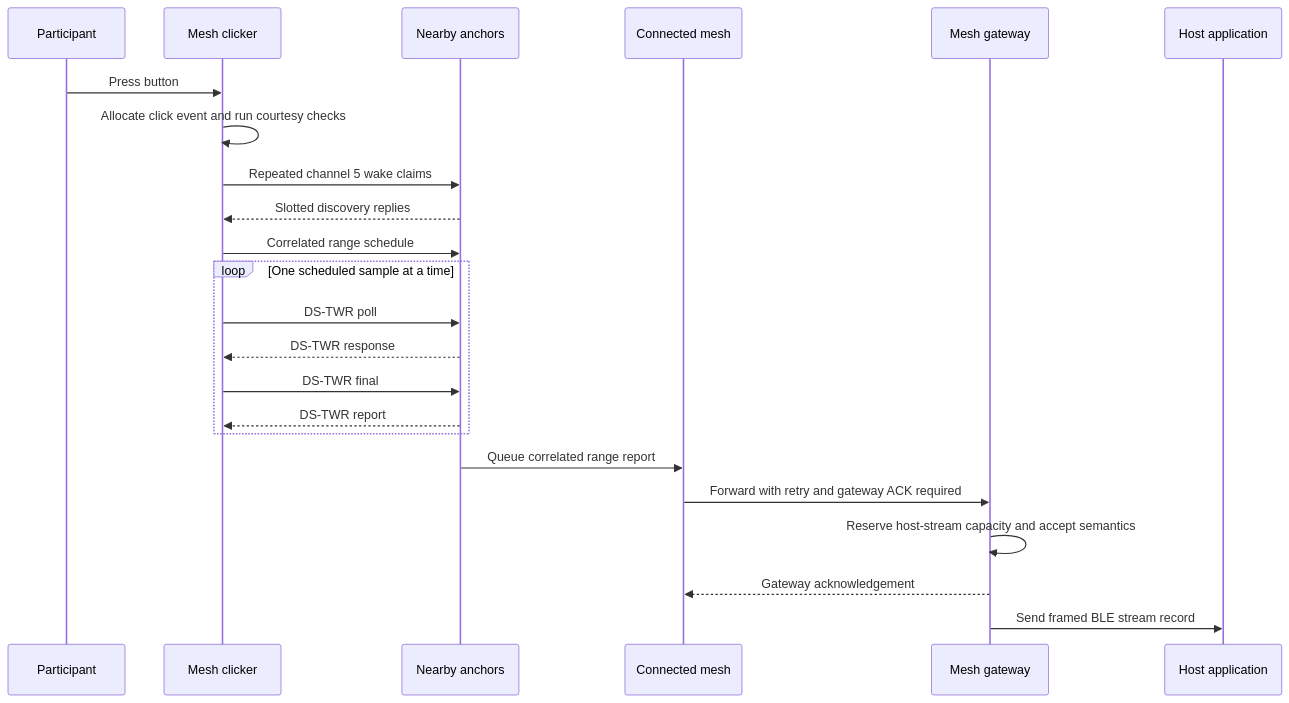
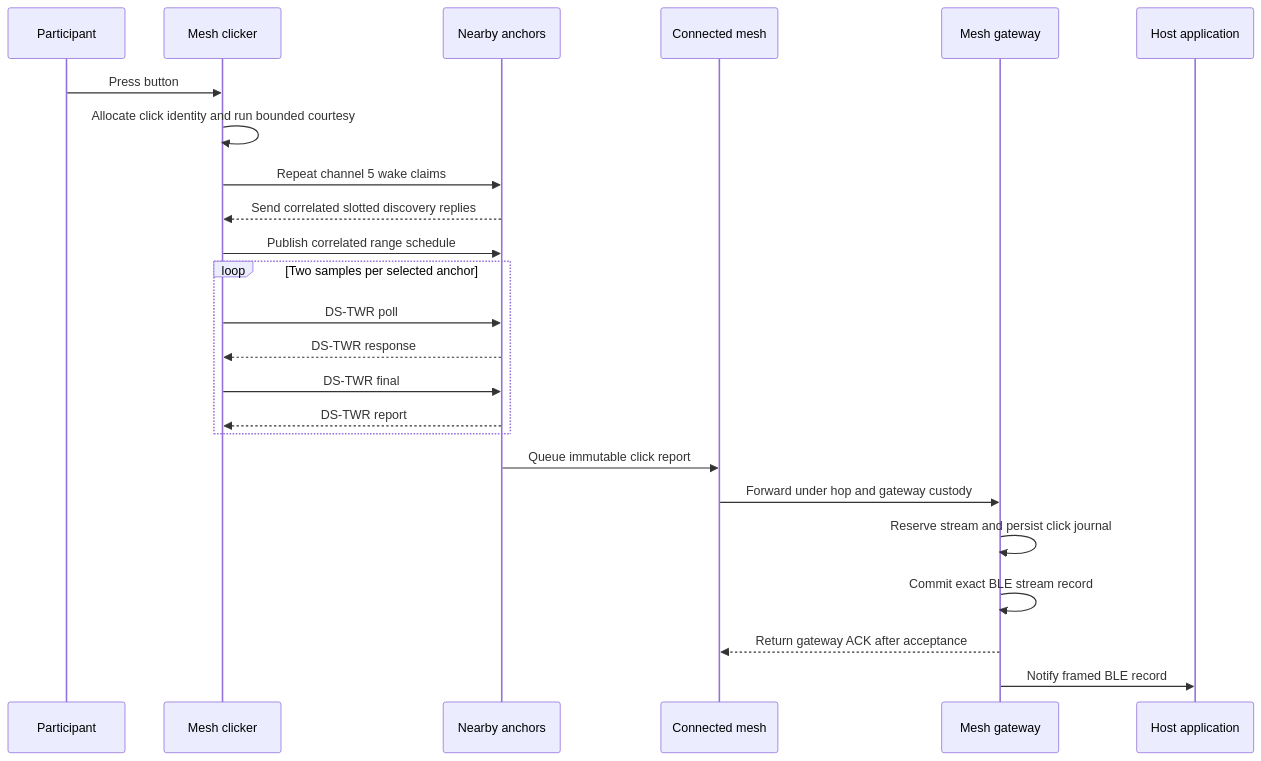
Before and after one commit to Jubliano-sama/IMEC2: the diagram in docs/wiki/02_one-click-end-to-end.md, drawn with Mermaid. The commit also changed other lines of this file and 15 other files, not shown here.

````diff
--- a/docs/wiki/02_one-click-end-to-end.md
+++ b/docs/wiki/02_one-click-end-to-end.md
@@ -51,26 +51,27 @@
 ```mermaid
 sequenceDiagram
     participant P as Participant
     participant C as Mesh clicker
     participant A as Nearby anchors
     participant M as Connected mesh
     participant G as Mesh gateway
     participant H as Host application
 
     P->>C: Press button
-    C->>C: Allocate click event and run courtesy checks
-    C->>A: Repeated channel 5 wake claims
-    A-->>C: Slotted discovery replies
-    C->>A: Correlated range schedule
-    loop One scheduled sample at a time
+    C->>C: Allocate click identity and run bounded courtesy
+    C->>A: Repeat channel 5 wake claims
+    A-->>C: Send correlated slotted discovery replies
+    C->>A: Publish correlated range schedule
+    loop Two samples per selected anchor
         C->>A: DS-TWR poll
         A-->>C: DS-TWR response
         C->>A: DS-TWR final
         A-->>C: DS-TWR report
     end
-    A->>M: Queue correlated range report
-    M->>G: Forward with retry and gateway ACK required
-    G->>G: Reserve host-stream capacity and accept semantics
-    G-->>M: Gateway acknowledgement
-    G->>H: Send framed BLE stream record
+    A->>M: Queue immutable click report
+    M->>G: Forward under hop and gateway custody
+    G->>G: Reserve stream and persist click journal
+    G->>G: Commit exact BLE stream record
+    G-->>M: Return gateway ACK after acceptance
+    G->>H: Notify framed BLE record
 ```
````
